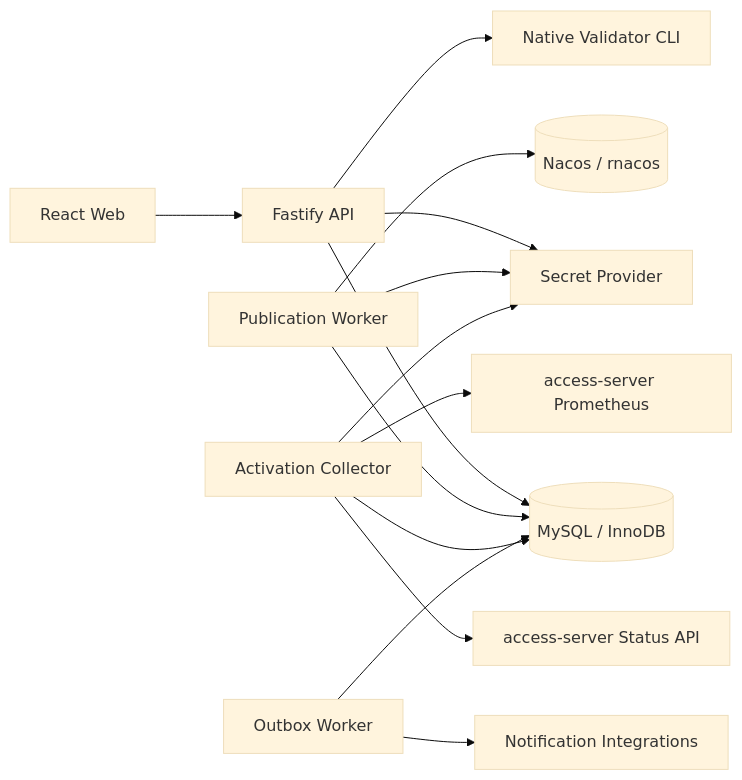
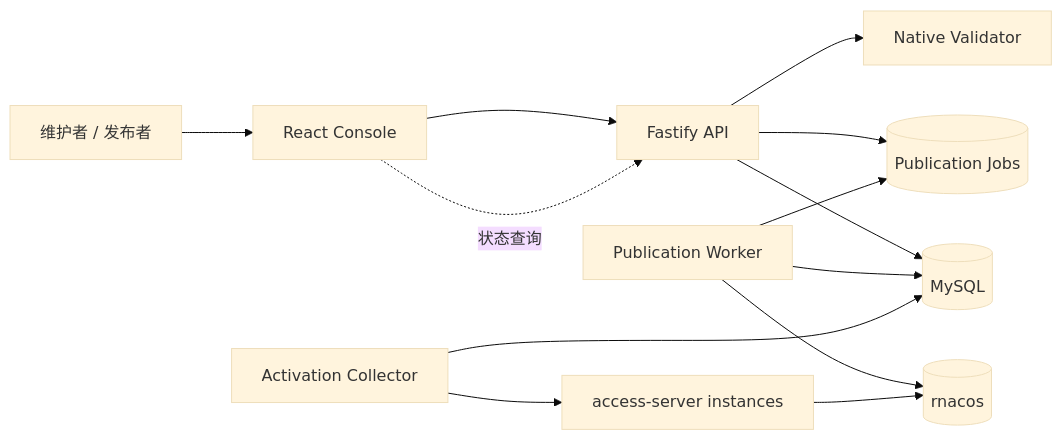
The first of 3 diagrams in docs/console-detailed-design.md (fiber-net-gateway/access-gateway), drawn with Mermaid (base theme) before and after one commit. The commit also changed other lines of this file and 41 other files, not shown here.

````diff
--- a/docs/console-detailed-design.md
+++ b/docs/console-detailed-design.md
@@ -46,19 +60,15 @@
 ```mermaid
 flowchart LR
-    Browser[React Web] --> API[Fastify API]
-    API --> DB[(MySQL / InnoDB)]
-    API --> Validator[Native Validator CLI]
-    API --> Secrets[Secret Provider]
-
-    Publisher[Publication Worker] --> DB
-    Publisher --> Secrets
-    Publisher --> Nacos[(Nacos / rnacos)]
-
-    Collector[Activation Collector] --> DB
-    Collector --> Secrets
-    Collector --> Status[access-server Status API]
-    Collector --> Metrics[access-server Prometheus]
-
-    Outbox[Outbox Worker] --> DB
-    Outbox --> Notify[Notification Integrations]
+    User[维护者 / 发布者] --> Web[React Console]
+    Web --> API[Fastify API]
+    API --> MySQL[(MySQL)]
+    API --> Validator[Native Validator]
+    API --> Jobs[(Publication Jobs)]
+    Worker[Publication Worker] --> Jobs
+    Worker --> MySQL
+    Worker --> Rnacos[(rnacos)]
+    Access[access-server instances] --> Rnacos
+    Collector[Activation Collector] --> Access
+    Collector --> MySQL
+    Web -.状态查询.-> API
 ```
````
